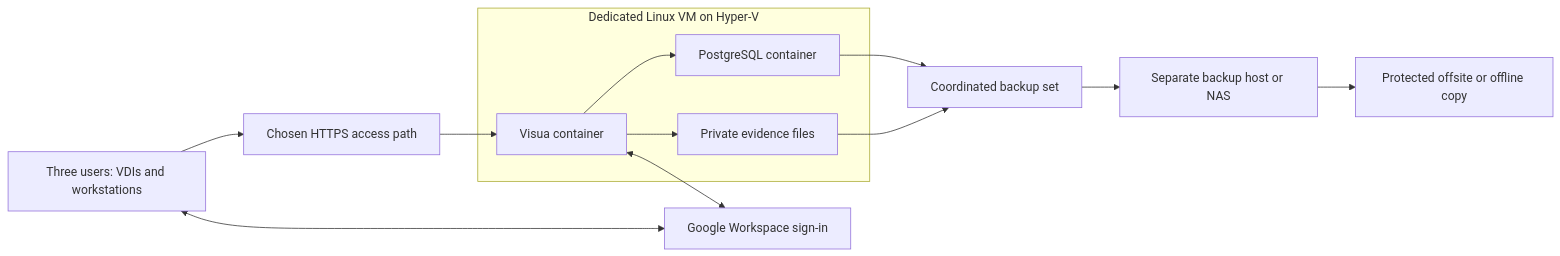
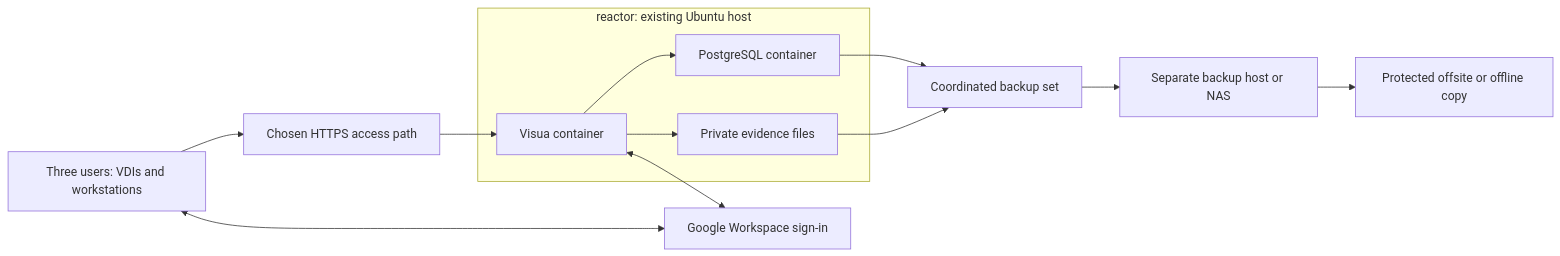
One commit to xtksystems/visua changed the diagram in docs/live-deployment-plan.md. Above: the diagram before and after it, drawn with Mermaid. The commit also changed other lines of this file and 36 other files, not shown here.

````diff
--- a/docs/live-deployment-plan.md
+++ b/docs/live-deployment-plan.md
@@ -42,15 +45,15 @@
 ```mermaid
 flowchart LR
     U[Three users: VDIs and workstations] --> E[Chosen HTTPS access path]
     E --> A[Visua container]
     U <--> G[Google Workspace sign-in]
     A <--> G
-    subgraph V[Dedicated Linux VM on Hyper-V]
+    subgraph V[reactor: existing Ubuntu host]
         A --> P[PostgreSQL container]
         A --> F[Private evidence files]
     end
     P --> B[Coordinated backup set]
     F --> B
     B --> R[Separate backup host or NAS]
     R --> O[Protected offsite or offline copy]
 ```
````
